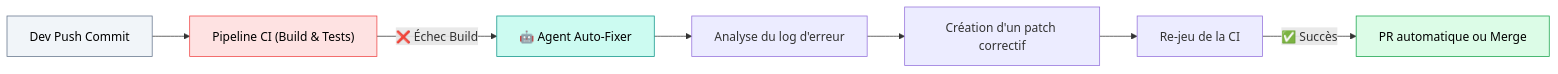
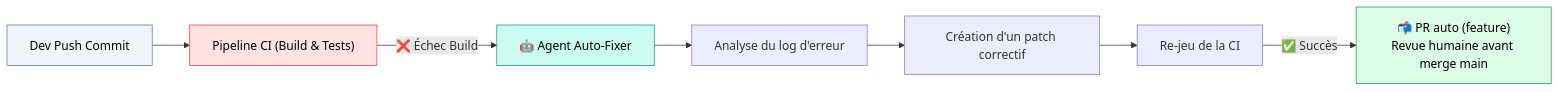
Before and after one commit to barais/agentic.module6: the second of 2 diagrams in slides.md, drawn with Mermaid. The commit also changed other lines of this file, not shown here.

````diff
--- a/slides.md
+++ b/slides.md
@@ -308,14 +337,14 @@
 ```mermaid {scale: 0.6}
 flowchart LR
     A["Dev Push Commit"] --> B["Pipeline CI (Build & Tests)"]
     B -- "❌ Échec Build" --> C["🤖 Agent Auto-Fixer"]
     C --> D["Analyse du log d'erreur"]
     D --> E["Création d'un patch correctif"]
     E --> F["Re-jeu de la CI"]
-    F -- "✅ Succès" --> G["PR automatique ou Merge"]
+    F -- "✅ Succès" --> G["📬 PR auto (feature)<br/>Revue humaine avant merge main"]
 
     style A fill:#f1f5f9,stroke:#64748b,color:#000
     style B fill:#fee2e2,stroke:#ef4444,color:#000
     style C fill:#ccfbf1,stroke:#0d9488,color:#000
     style G fill:#dcfce7,stroke:#16a34a,color:#000
 ```
````
